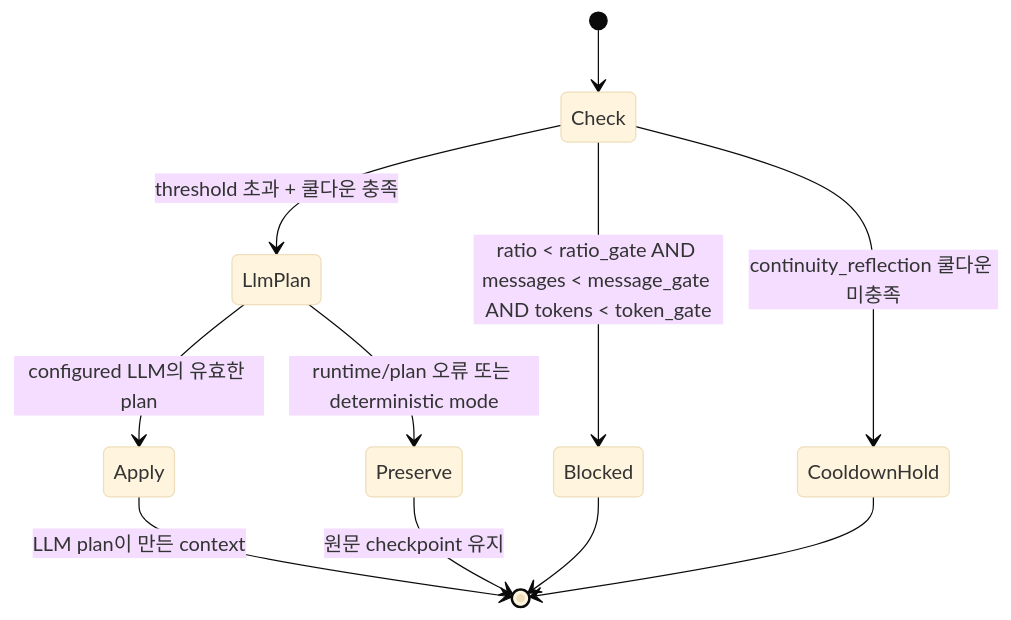
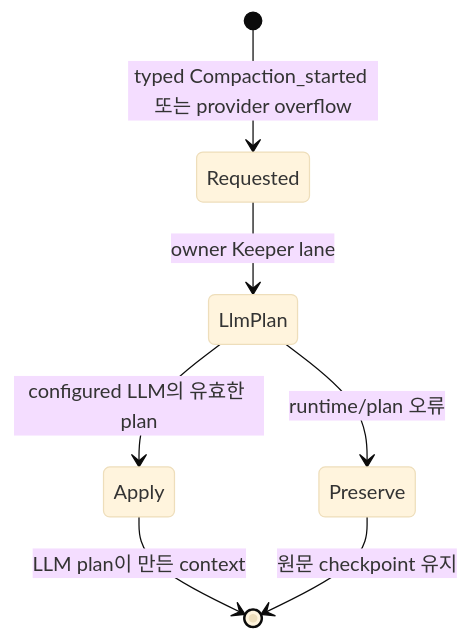
The fourth of 4 diagrams in docs/spec/05-keeper-agent.md (jeong-sik/masc), drawn with Mermaid (base theme) before and after one commit. The commit also changed other lines of this file and 40 other files, not shown here.

Commit message:
refactor(keeper): purge dead compaction policy authoring

````diff
--- a/docs/spec/05-keeper-agent.md
+++ b/docs/spec/05-keeper-agent.md
@@ -231,13 +231,9 @@
 ```mermaid
 stateDiagram-v2
-  [*] --> Check
-  Check --> Blocked : ratio < ratio_gate AND messages < message_gate AND tokens < token_gate
-  Check --> CooldownHold : continuity_reflection 쿨다운 미충족
-  Check --> LlmPlan : threshold 초과 + 쿨다운 충족
+  [*] --> Requested : typed Compaction_started 또는 provider overflow
+  Requested --> LlmPlan : owner Keeper lane
   LlmPlan --> Apply : configured LLM의 유효한 plan
-  LlmPlan --> Preserve : runtime/plan 오류 또는 deterministic mode
+  LlmPlan --> Preserve : runtime/plan 오류
   Apply --> [*] : LLM plan이 만든 context
   Preserve --> [*] : 원문 checkpoint 유지
-  Blocked --> [*]
-  CooldownHold --> [*]
 ```
````
